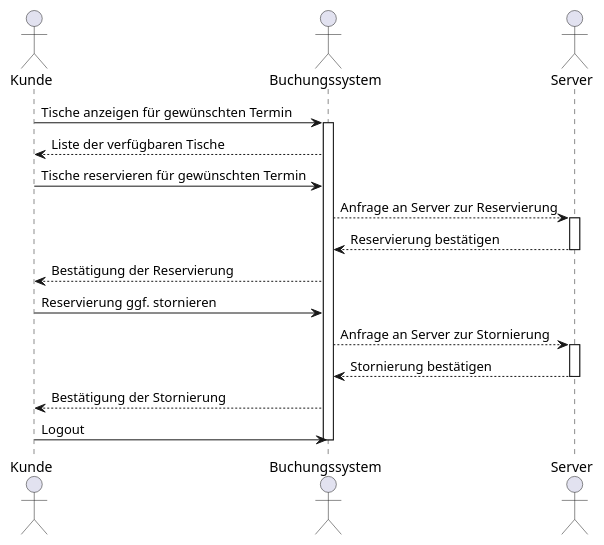
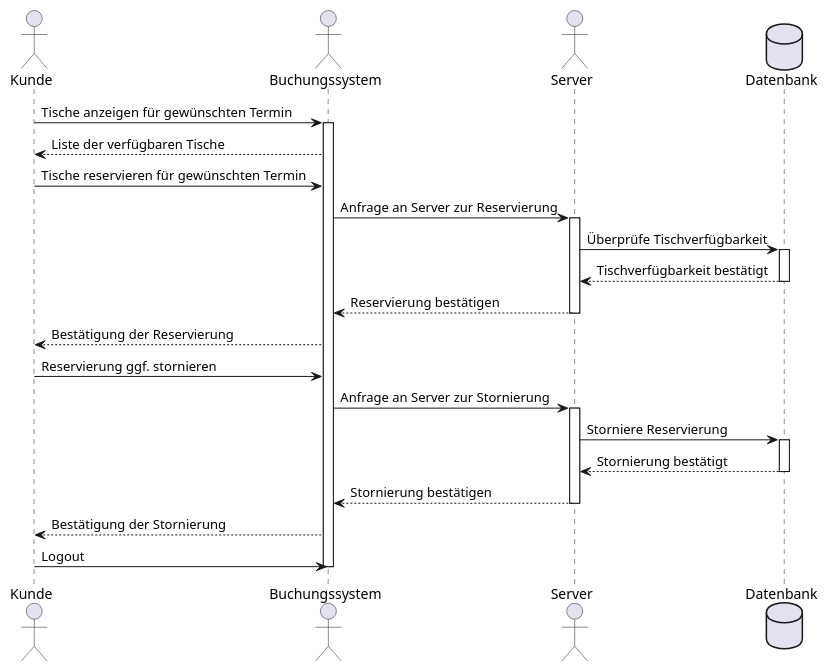
The diagram in diagramme/sequence.puml (FIA-GSO/tischreservierung-teamminecraft2), drawn with PlantUML before and after one commit.

Commit message:
update sequence diagram

```diff
--- a/diagramme/sequence.puml
+++ b/diagramme/sequence.puml
@@ -1,25 +1,34 @@
 @startuml
 actor Kunde
 actor Buchungssystem
 actor Server
+database Datenbank
 
 Kunde -> Buchungssystem: Tische anzeigen für gewünschten Termin
 activate Buchungssystem
 Buchungssystem --> Kunde: Liste der verfügbaren Tische
 Kunde -> Buchungssystem: Tische reservieren für gewünschten Termin
-Buchungssystem --> Server: Anfrage an Server zur Reservierung
+Buchungssystem -> Server: Anfrage an Server zur Reservierung
 activate Server
+Server -> Datenbank: Überprüfe Tischverfügbarkeit
+activate Datenbank
+Datenbank --> Server: Tischverfügbarkeit bestätigt
+deactivate Datenbank
 Server --> Buchungssystem: Reservierung bestätigen
 deactivate Server
 Buchungssystem --> Kunde: Bestätigung der Reservierung
 Kunde -> Buchungssystem: Reservierung ggf. stornieren
-Buchungssystem --> Server: Anfrage an Server zur Stornierung
+Buchungssystem -> Server: Anfrage an Server zur Stornierung
 activate Server
+Server -> Datenbank: Storniere Reservierung
+activate Datenbank
+Datenbank --> Server: Stornierung bestätigt
+deactivate Datenbank
 Server --> Buchungssystem: Stornierung bestätigen
 deactivate Server
 Buchungssystem --> Kunde: Bestätigung der Stornierung
 Kunde -> Buchungssystem: Logout
 
 deactivate Buchungssystem
 
 @enduml
```
